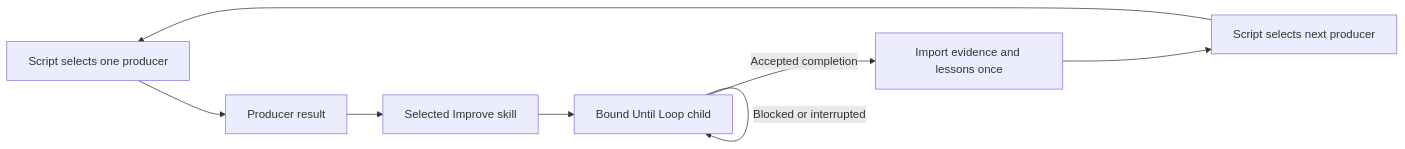
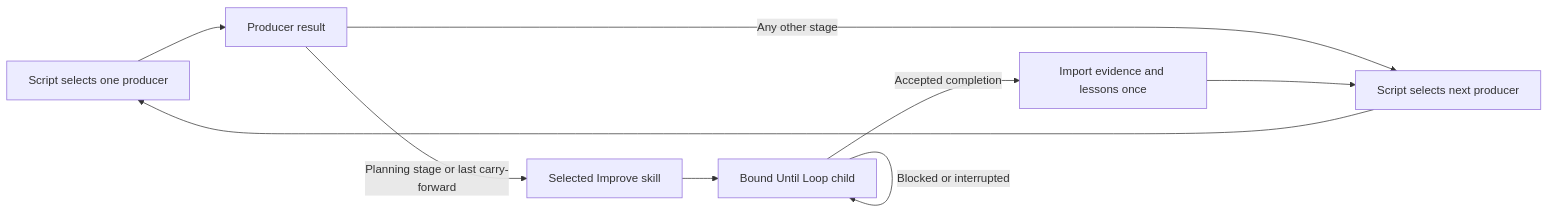
One commit to whichguy/skill-craft changed the first of 10 diagrams in plugins/shiploop/skills/shiploop/README.md. Above: the diagram before and after it, drawn with Mermaid. The commit also changed other lines of this file and 405 other files, not shown here.

````diff
--- a/plugins/shiploop/skills/shiploop/README.md
+++ b/plugins/shiploop/skills/shiploop/README.md
@@ -116,10 +115,11 @@
 ```mermaid
 flowchart LR
   S[Script selects one producer] --> R[Producer result]
-  R --> I[Selected Improve skill]
+  R -->|Planning stage or last carry-forward| I[Selected Improve skill]
+  R -->|Any other stage| N
   I --> U[Bound Until Loop child]
   U -->|Accepted completion| M[Import evidence and lessons once]
   U -->|Blocked or interrupted| U
   M --> N[Script selects next producer]
   N --> S
 ```
````
